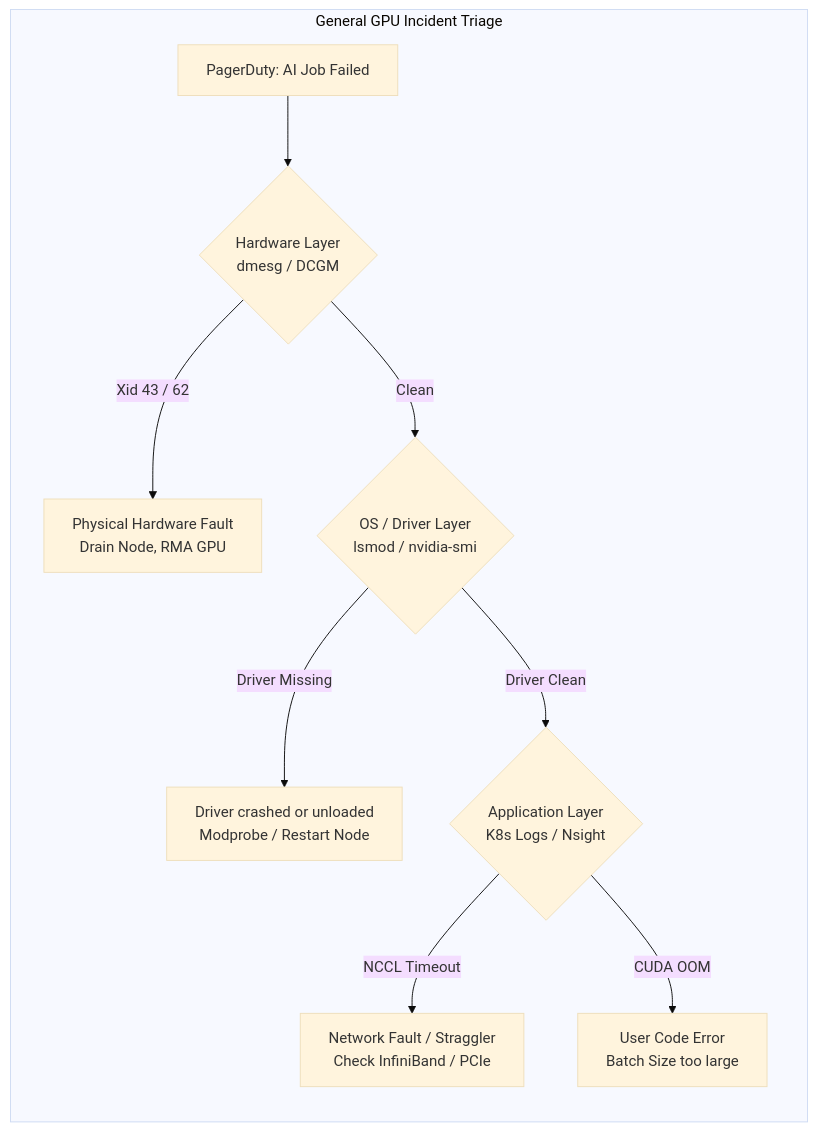
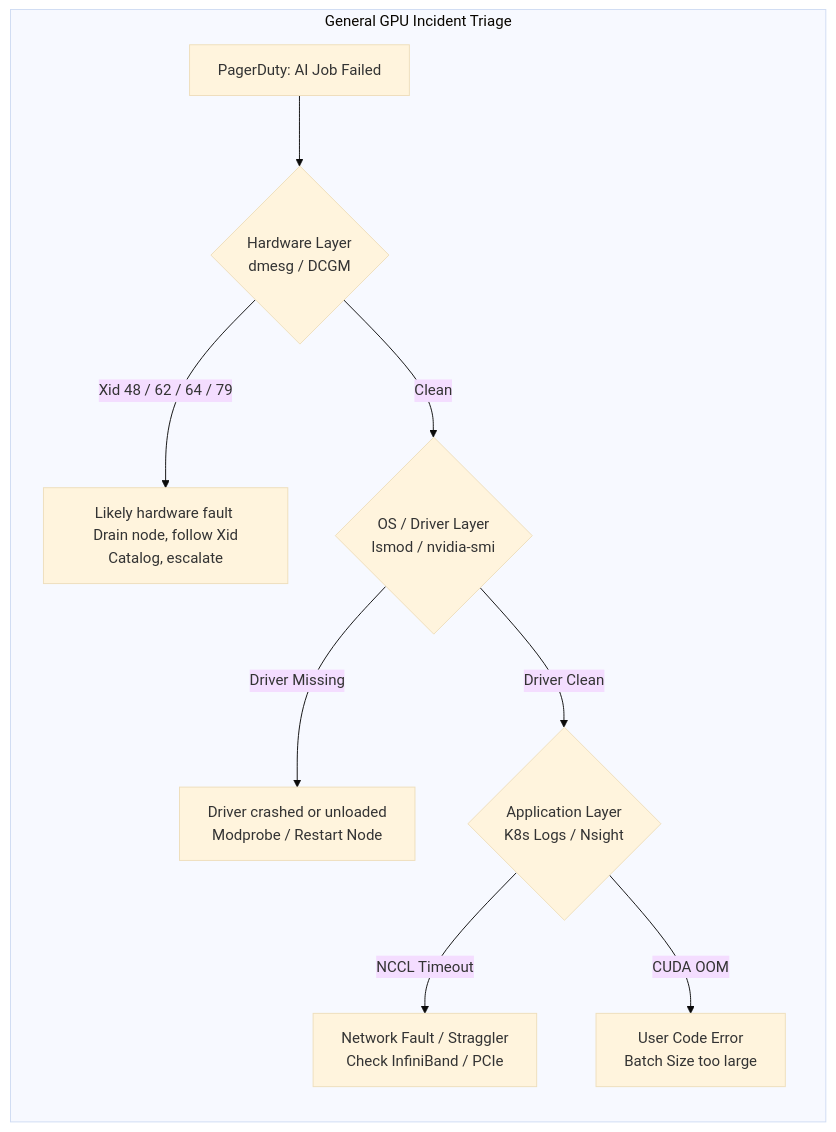
One commit to jithinpnjm/nvidia-devops changed the fifth of 5 diagrams in docs/nvidia-zero-to-hero/volume-16/chapter-10-production-troubleshooting-frameworks.md. Above: the diagram before and after it, drawn with Mermaid (base theme). The commit also changed 24 other files, not shown here.

````diff
--- a/docs/nvidia-zero-to-hero/volume-16/chapter-10-production-troubleshooting-frameworks.md
+++ b/docs/nvidia-zero-to-hero/volume-16/chapter-10-production-troubleshooting-frameworks.md
@@ -220,16 +220,16 @@
 ```mermaid
 flowchart TD
     subgraph SRE_Incident_Response["General GPU Incident Triage"]
         direction TB
         Incident["PagerDuty: AI Job Failed"] --> HW{Hardware Layer <br/> dmesg / DCGM}
         
-        HW -->|Xid 43 / 62| RMA[Physical Hardware Fault <br/> Drain Node, RMA GPU]
+        HW -->|Xid 48 / 62 / 64 / 79| RMA[Likely hardware fault <br/> Drain node, follow Xid Catalog, escalate]
         HW -->|Clean| OS{OS / Driver Layer <br/> lsmod / nvidia-smi}
         
         OS -->|Driver Missing| Reload[Driver crashed or unloaded <br/> Modprobe / Restart Node]
         OS -->|Driver Clean| App{Application Layer <br/> K8s Logs / Nsight}
         
         App -->|NCCL Timeout| Net[Network Fault / Straggler <br/> Check InfiniBand / PCIe]
         App -->|CUDA OOM| Code[User Code Error <br/> Batch Size too large]
     end
 ```
````
